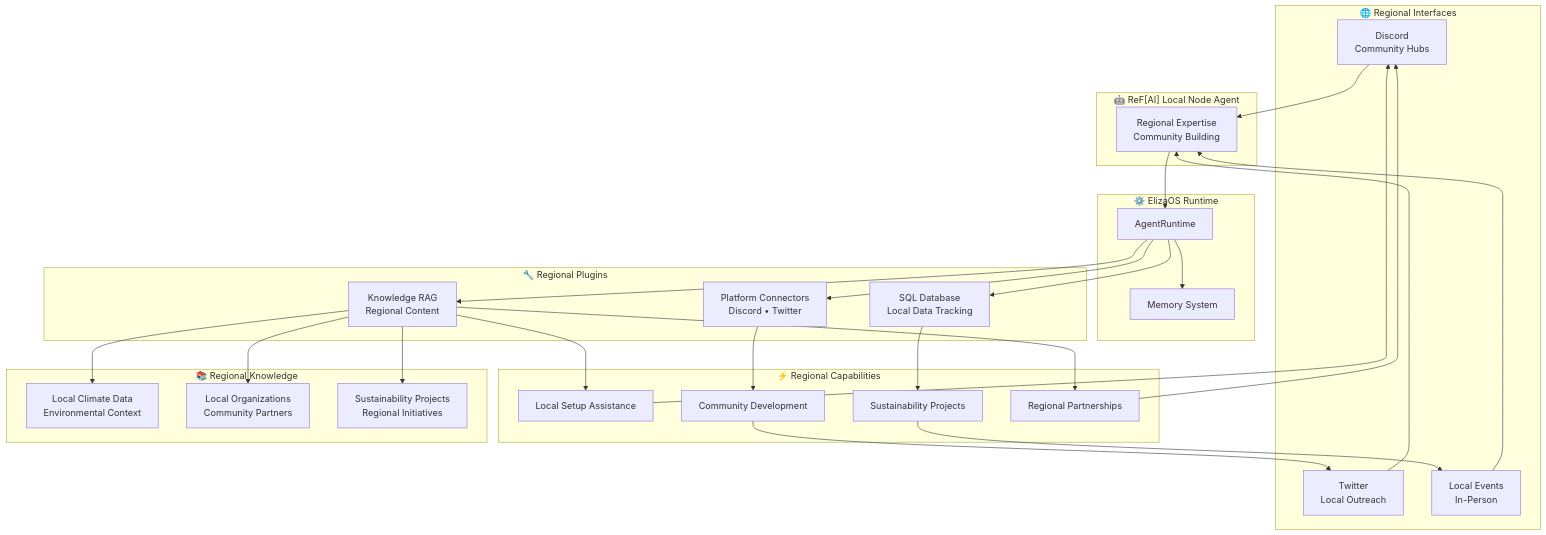
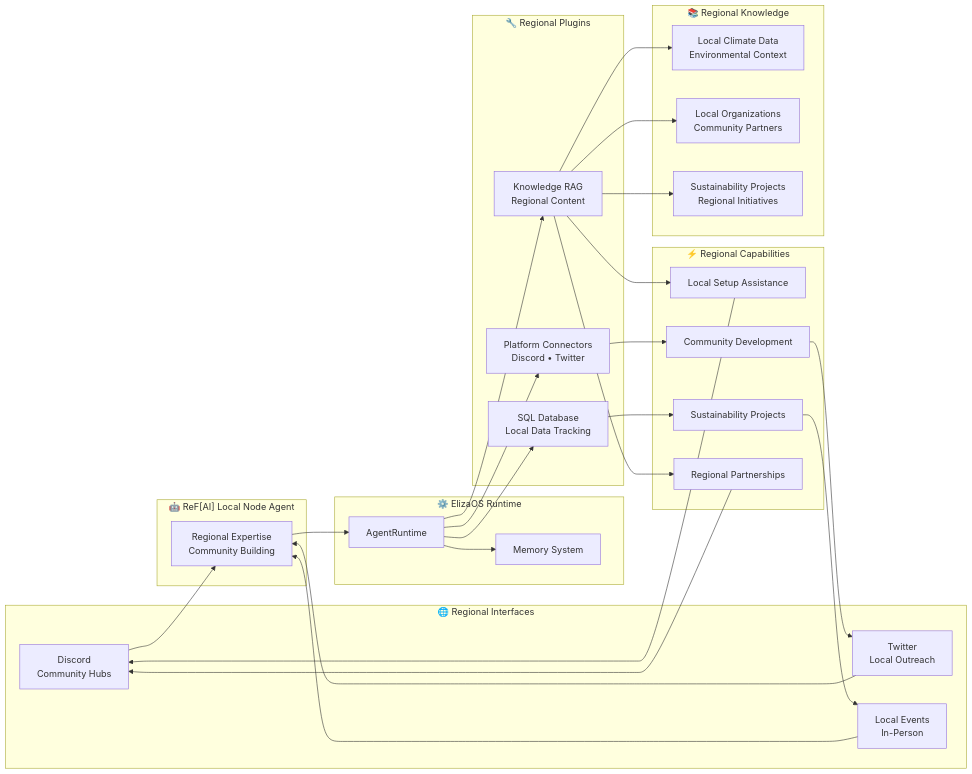
The third of 4 diagrams in README.md (ReFiDAO/regen_eliza-refi_dao), drawn with Mermaid before and after one commit. The commit also changed other lines of this file, not shown here.

First line of the commit message:
fix: Fix Mermaid rendering and change diagram orientation

````diff
--- a/README.md
+++ b/README.md
@@ -184,67 +184,67 @@
 ```mermaid
-graph TB
+graph LR
     %% External Interfaces - Regional Focus
     subgraph "🌐 Regional Interfaces"
-        REG1[Discord<br/>Community Hubs]
-        REG2[Twitter<br/>Local Outreach]
-        REG3[Local Events<br/>In-Person]
+        REG1["Discord<br/>Community Hubs"]
+        REG2["Twitter<br/>Local Outreach"]
+        REG3["Local Events<br/>In-Person"]
     end
     
     %% ReF[AI] Local Node Agent
     subgraph "🤖 ReF[AI] Local Node Agent"
-        LNA[Regional Expertise<br/>Community Building]
+        LNA["Regional Expertise<br/>Community Building"]
     end
     
     %% ElizaOS Runtime
     subgraph "⚙️ ElizaOS Runtime"
-        RT2[AgentRuntime]
-        MEM2[Memory System]
+        RT2["AgentRuntime"]
+        MEM2["Memory System"]
     end
     
     %% Regional Plugins
     subgraph "🔧 Regional Plugins"
-        PLG4[Knowledge RAG<br/>Regional Content]
-        PLG5[Platform Connectors<br/>Discord • Twitter]
-        PLG6[SQL Database<br/>Local Data Tracking]
+        PLG4["Knowledge RAG<br/>Regional Content"]
+        PLG5["Platform Connectors<br/>Discord • Twitter"]
+        PLG6["SQL Database<br/>Local Data Tracking"]
     end
     
     %% Regional Capabilities
     subgraph "⚡ Regional Capabilities"
-        CAP5[Local Setup Assistance]
-        CAP6[Community Development]
-        CAP7[Sustainability Projects]
-        CAP8[Regional Partnerships]
+        CAP5["Local Setup Assistance"]
+        CAP6["Community Development"]
+        CAP7["Sustainability Projects"]
+        CAP8["Regional Partnerships"]
     end
     
     %% Regional Knowledge
     subgraph "📚 Regional Knowledge"
-        KB4[Local Climate Data<br/>Environmental Context]
-        KB5[Local Organizations<br/>Community Partners]
-        KB6[Sustainability Projects<br/>Regional Initiatives]
+        KB4["Local Climate Data<br/>Environmental Context"]
+        KB5["Local Organizations<br/>Community Partners"]
+        KB6["Sustainability Projects<br/>Regional Initiatives"]
     end
     
     %% Data Flow
     REG1 --> LNA
     REG2 --> LNA
     REG3 --> LNA
     
     LNA --> RT2
     RT2 --> PLG4
     RT2 --> PLG5
     RT2 --> PLG6
     RT2 --> MEM2
     
     PLG4 --> KB4
     PLG4 --> KB5
     PLG4 --> KB6
     
     PLG4 --> CAP5
     PLG5 --> CAP6
     PLG6 --> CAP7
     PLG4 --> CAP8
     
     CAP5 --> REG1
     CAP6 --> REG2
     CAP7 --> REG3
     CAP8 --> REG1
 ```
````
